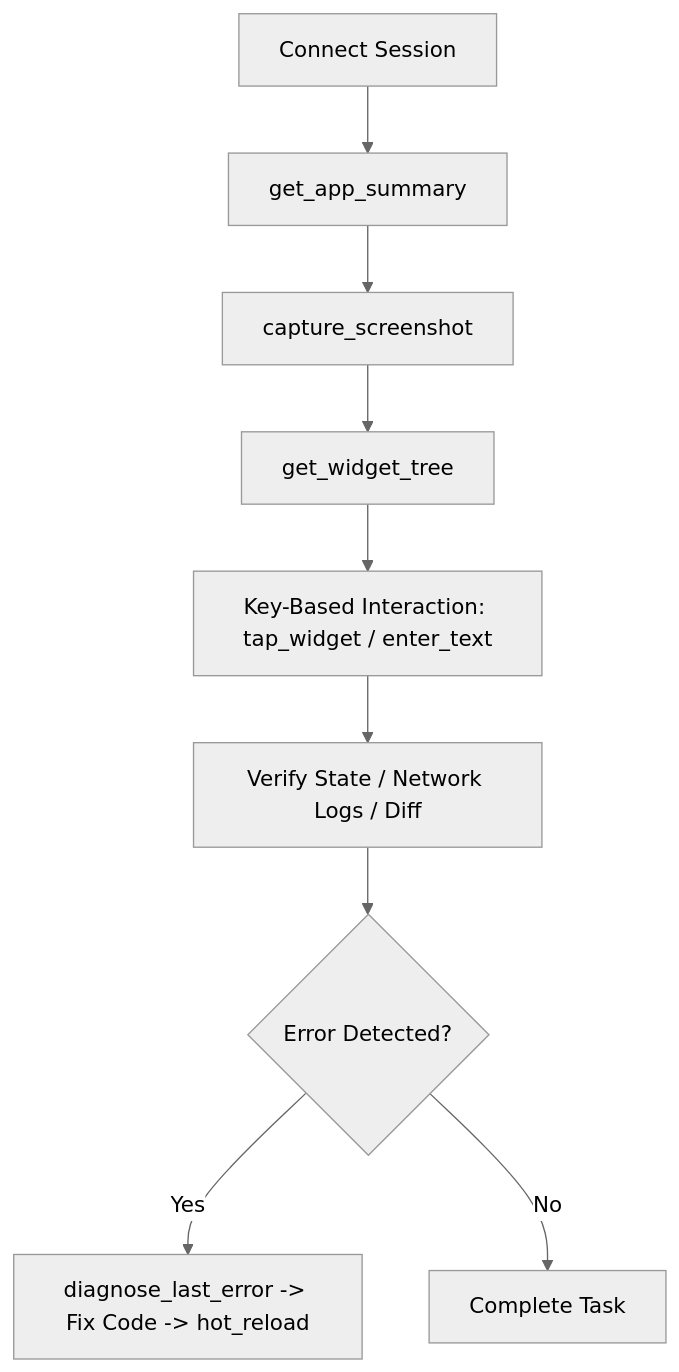
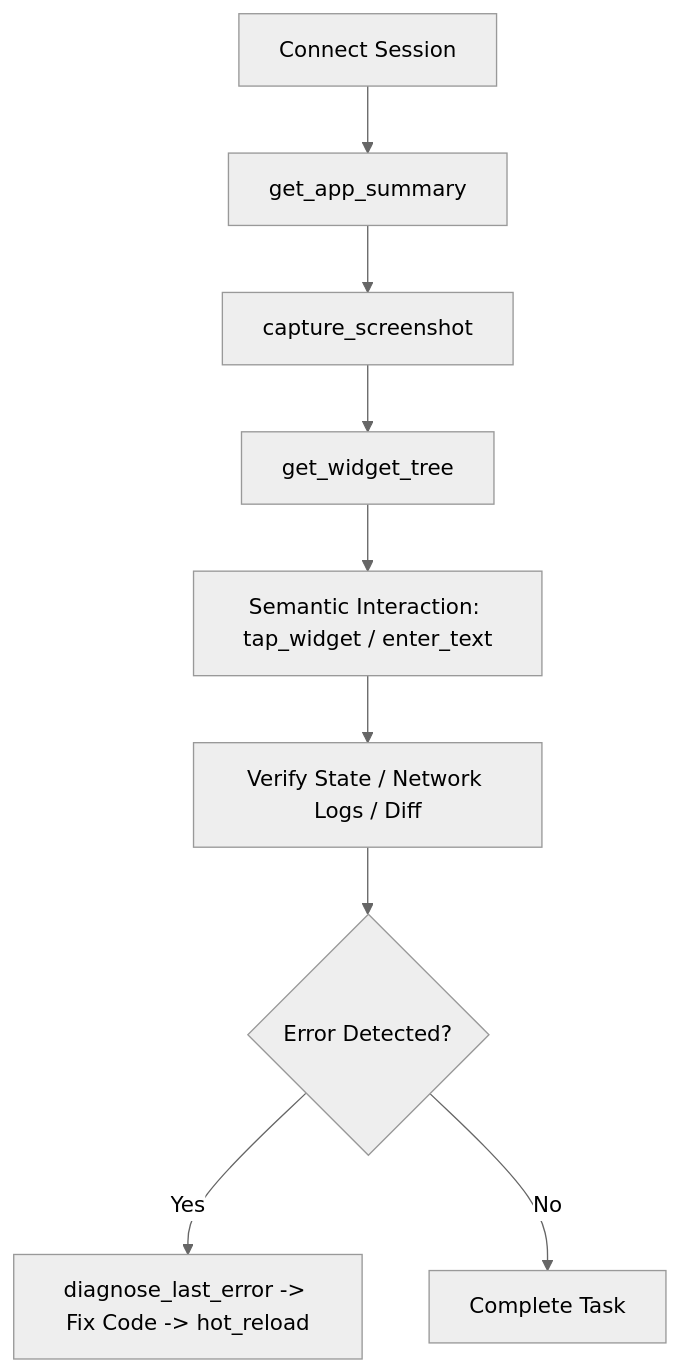
One commit to abugeek/FlutterPilot changed the diagram in skills/flutterpilot/SKILL.md. Above: the diagram before and after it, drawn with Mermaid (neutral theme). The commit also changed other lines of this file and 5 other files, not shown here.

````diff
--- a/skills/flutterpilot/SKILL.md
+++ b/skills/flutterpilot/SKILL.md
@@ -20,11 +21,11 @@
 ```mermaid
 flowchart TD
     A[Connect Session] --> B[get_app_summary]
     B --> C[capture_screenshot]
     C --> D[get_widget_tree]
-    D --> E[Key-Based Interaction: tap_widget / enter_text]
+    D --> E[Semantic Interaction: tap_widget / enter_text]
     E --> F[Verify State / Network Logs / Diff]
     F --> G{Error Detected?}
     G -- Yes --> H[diagnose_last_error -> Fix Code -> hot_reload]
     G -- No --> I[Complete Task]
 ```
````
